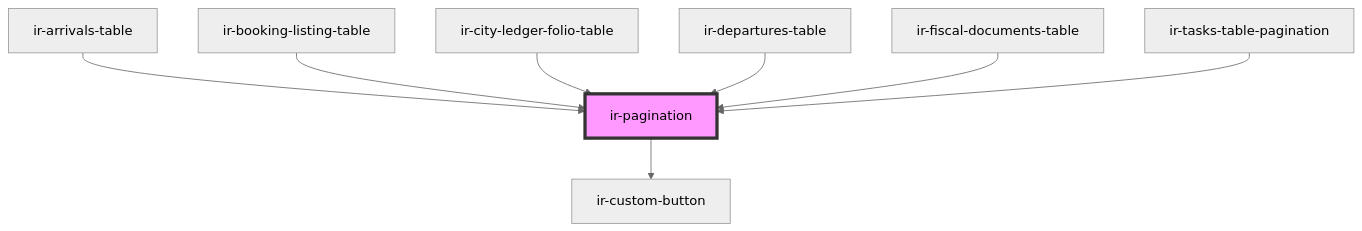
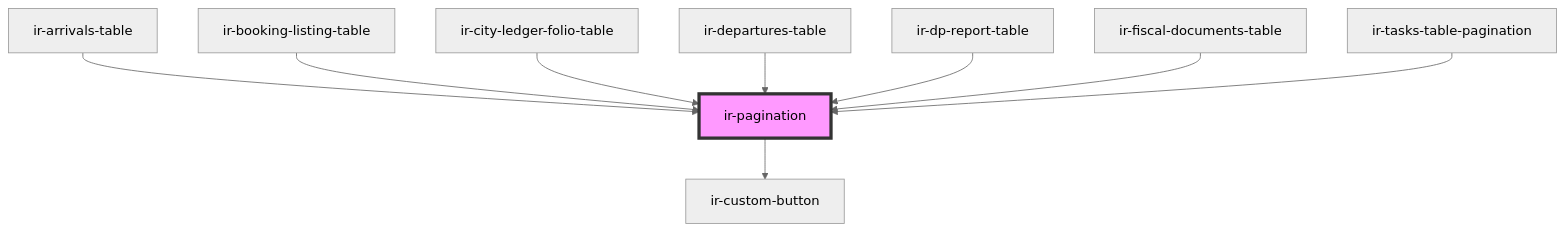
The diagram in src/components/ir-pagination/readme.md (RonyRizk/ir-webcmp), drawn with Mermaid (neutral theme) before and after one commit. The commit also changed other lines of this file and 107 other files, not shown here.

````diff
--- a/src/components/ir-pagination/readme.md
+++ b/src/components/ir-pagination/readme.md
@@ -52,11 +53,12 @@
 ```mermaid
 graph TD;
   ir-pagination --> ir-custom-button
   ir-arrivals-table --> ir-pagination
   ir-booking-listing-table --> ir-pagination
   ir-city-ledger-folio-table --> ir-pagination
   ir-departures-table --> ir-pagination
+  ir-dp-report-table --> ir-pagination
   ir-fiscal-documents-table --> ir-pagination
   ir-tasks-table-pagination --> ir-pagination
   style ir-pagination fill:#f9f,stroke:#333,stroke-width:4px
 ```
````
